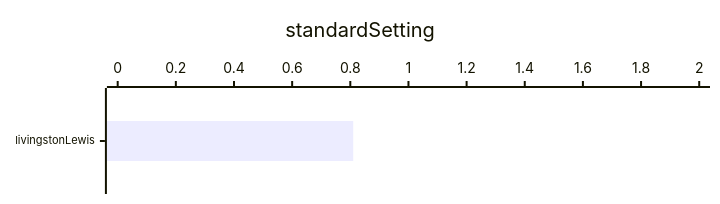
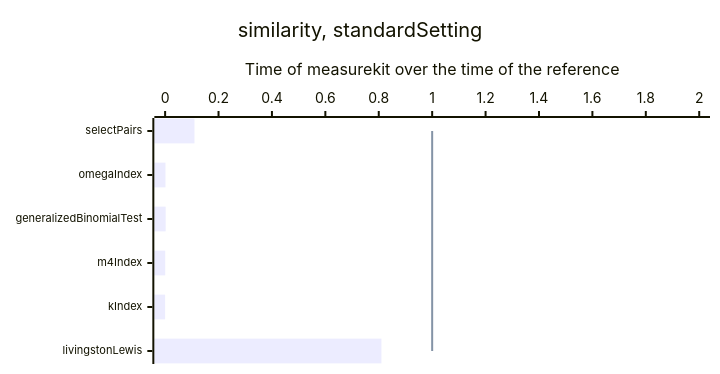
Diagram 13 of 13 in docs/psychometrics/performance.md (measurekit/measurekit), drawn with Mermaid before and after one commit. The commit also changed other lines of this file, not shown here.

````diff
--- a/docs/psychometrics/performance.md
+++ b/docs/psychometrics/performance.md
@@ -131,9 +141,9 @@
 ```mermaid
-%%{init: {"xyChart": {"height": 184, "xAxis": {"labelFontSize": 11}}}}%%
+%%{init: {"xyChart": {"height": 354, "xAxis": {"labelFontSize": 11}}}}%%
 xychart-beta horizontal
-  title "standardSetting"
-  x-axis ["livingstonLewis"]
+  title "similarity, standardSetting"
+  x-axis ["selectPairs", "omegaIndex", "generalizedBinomialTest", "m4Index", "kIndex", "livingstonLewis"]
   y-axis "Time of measurekit over the time of the reference" 0 --> 2
-  bar [0.81]
-  line [1]
+  bar [0.11, 0.0013, 0.0021, 0.0003, 0.000026, 0.81]
+  line [1, 1, 1, 1, 1, 1]
 ```
````
